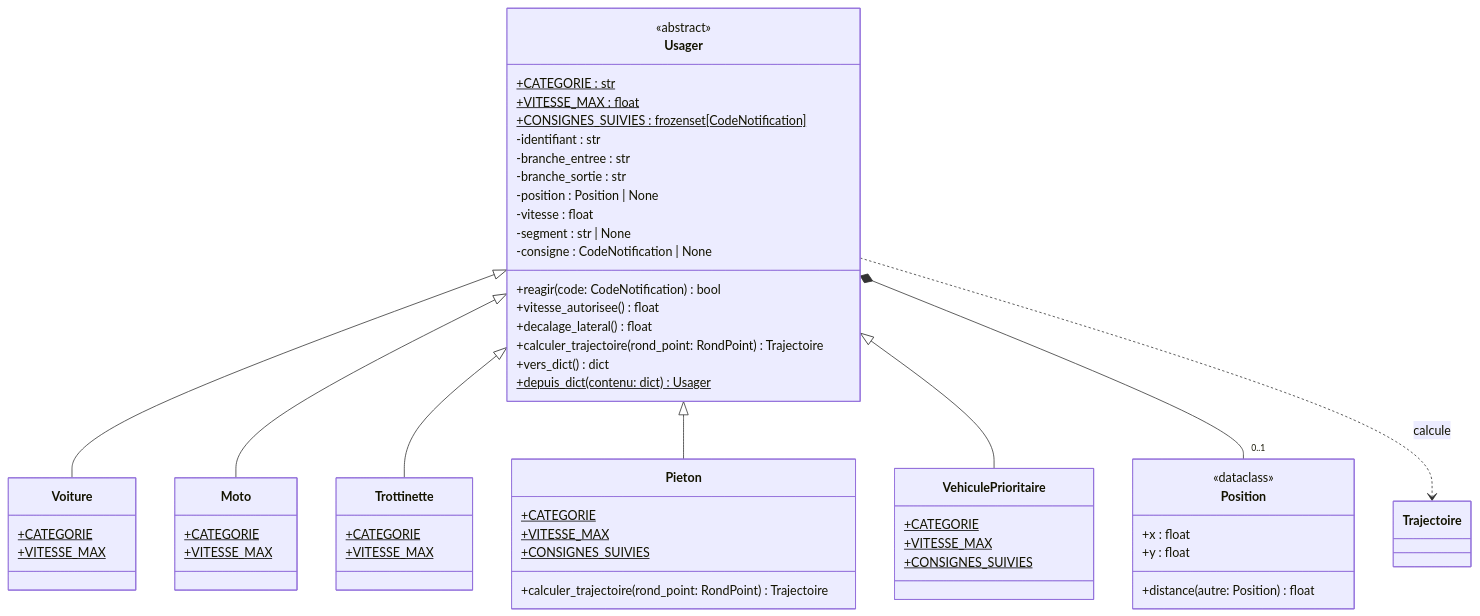
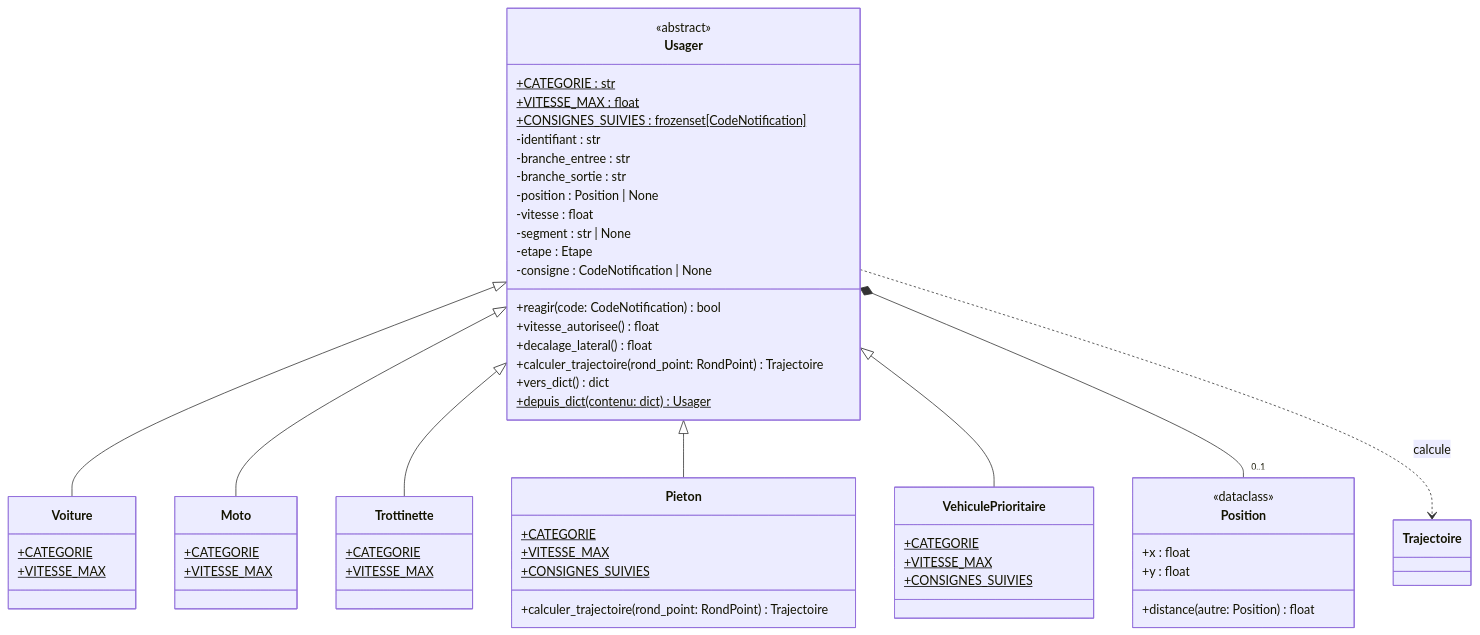
The third of 10 diagrams in docs/uml.md (vRayzix/SAE3.02_Developper-une-application-communicante), drawn with Mermaid before and after one commit. The commit also changed other lines of this file, not shown here.

Commit message:
docs(uml): étape du trajet, densité et passages des véhicules prioritaires

````diff
--- a/docs/uml.md
+++ b/docs/uml.md
@@ -154,65 +154,66 @@
 ```mermaid
 classDiagram
     class Position {
         <<dataclass>>
         +x : float
         +y : float
         +distance(autre: Position) float
     }
 
     class Usager {
         <<abstract>>
         +CATEGORIE : str$
         +VITESSE_MAX : float$
         +CONSIGNES_SUIVIES : frozenset[CodeNotification]$
         -identifiant : str
         -branche_entree : str
         -branche_sortie : str
         -position : Position | None
         -vitesse : float
         -segment : str | None
+        -etape : Etape
         -consigne : CodeNotification | None
         +reagir(code: CodeNotification) bool
         +vitesse_autorisee() float
         +decalage_lateral() float
         +calculer_trajectoire(rond_point: RondPoint) Trajectoire
         +vers_dict() dict
         +depuis_dict(contenu: dict) Usager$
     }
 
     class Voiture {
         +CATEGORIE$
         +VITESSE_MAX$
     }
 
     class Moto {
         +CATEGORIE$
         +VITESSE_MAX$
     }
 
     class Trottinette {
         +CATEGORIE$
         +VITESSE_MAX$
     }
 
     class Pieton {
         +CATEGORIE$
         +VITESSE_MAX$
         +CONSIGNES_SUIVIES$
         +calculer_trajectoire(rond_point: RondPoint) Trajectoire
     }
 
     class VehiculePrioritaire {
         +CATEGORIE$
         +VITESSE_MAX$
         +CONSIGNES_SUIVIES$
     }
 
     Usager <|-- Voiture
     Usager <|-- Moto
     Usager <|-- Trottinette
     Usager <|-- Pieton
     Usager <|-- VehiculePrioritaire
     Usager *-- "0..1" Position
     Usager ..> Trajectoire : calcule
 ```
````
